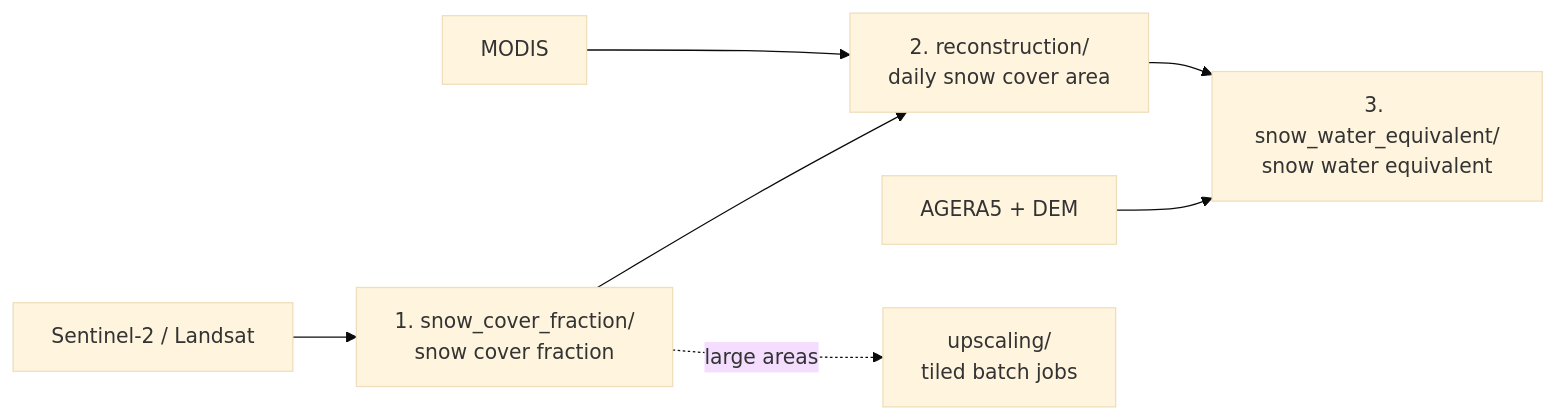
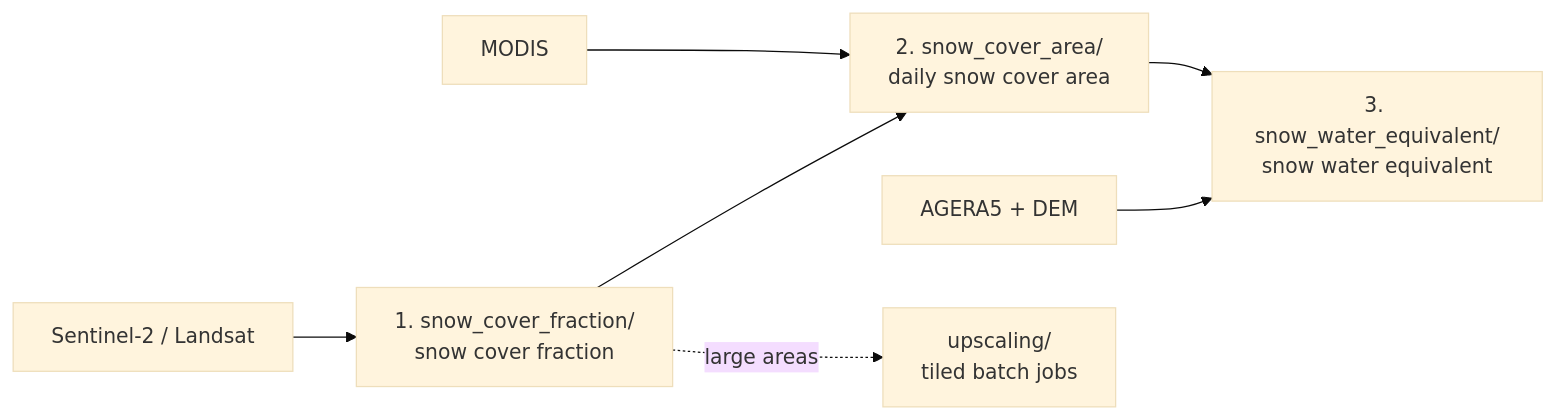
The diagram in README.md (SNOWCOP/openeo_mountains_snow), drawn with Mermaid (base theme) before and after one commit. The commit also changed other lines of this file and 32 other files, not shown here.

````diff
--- a/README.md
+++ b/README.md
@@ -8,9 +8,9 @@
 ```mermaid
 flowchart LR
     S2[Sentinel-2 / Landsat] --> SCF["1. snow_cover_fraction/<br/>snow cover fraction"]
-    SCF --> SCA["2. reconstruction/<br/>daily snow cover area"]
+    SCF --> SCA["2. snow_cover_area/<br/>daily snow cover area"]
     MODIS[MODIS] --> SCA
     AGERA[AGERA5 + DEM] --> SWE["3. snow_water_equivalent/<br/>snow water equivalent"]
     SCA --> SWE
     SCF -. large areas .-> UP["upscaling/<br/>tiled batch jobs"]
 ```
````
